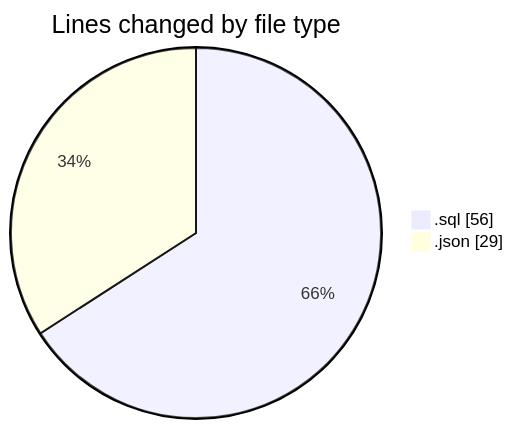
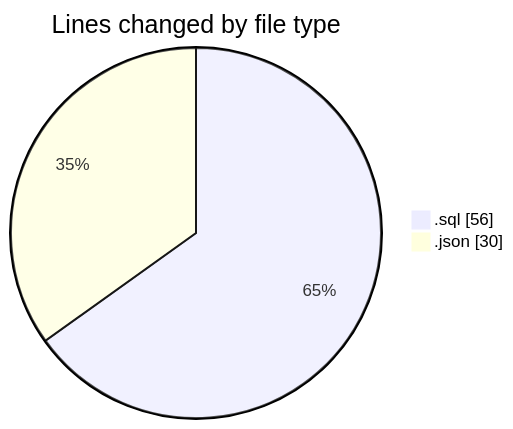
The first of 2 diagrams in 2026-05-27/cilapp/README.md (ricardozamudiocil/code-tracking), drawn with Mermaid before and after one commit. The commit also changed other lines of this file and 1 other file, not shown here.

````diff
--- a/2026-05-27/cilapp/README.md
+++ b/2026-05-27/cilapp/README.md
@@ -21,6 +21,6 @@
 ```mermaid
 pie showData
 title Lines changed by file type
 ".sql" : 56
-".json" : 29
+".json" : 30
 ```
````
